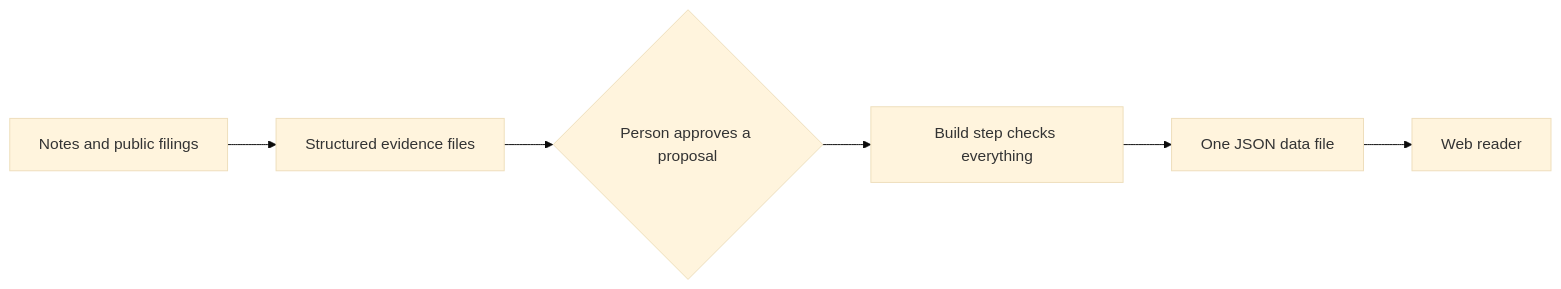
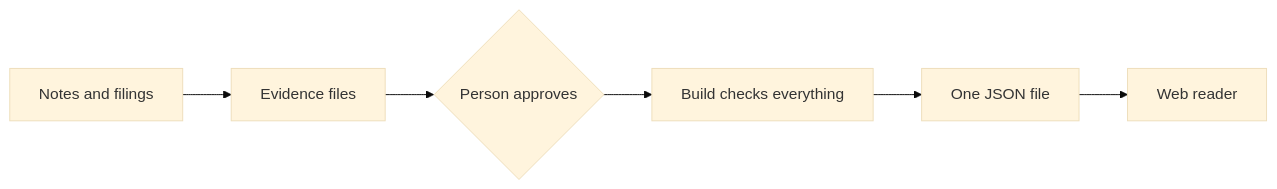
Before and after one commit to aashrayap/semi-stocks-2: the diagram in README.md, drawn with Mermaid (base theme). The commit also changed other lines of this file, not shown here.

Commit message:
Cut the README to one screen

````diff
--- a/README.md
+++ b/README.md
@@ -10,8 +7,8 @@
 ```mermaid
 flowchart LR
-  A[Notes and public filings] --> B[Structured evidence files]
-  B --> C{Person approves a proposal}
-  C --> D[Build step checks everything]
-  D --> E[One JSON data file]
+  A[Notes and filings] --> B[Evidence files]
+  B --> C{Person approves}
+  C --> D[Build checks everything]
+  D --> E[One JSON file]
   E --> F[Web reader]
 ```
````
